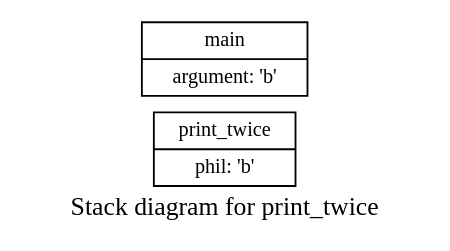
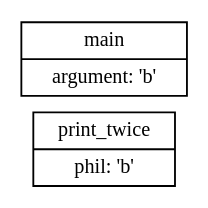
One commit to DaveParillo/cisc192-reader changed the diagram in src/chapter3/parameters-variables.rst. Above: the diagram before and after it, drawn with Graphviz. The commit also changed other lines of this file and 20 other files, not shown here.

```diff
--- a/src/chapter3/parameters-variables.rst
+++ b/src/chapter3/parameters-variables.rst
@@ -57,18 +57,18 @@
 .. digraph:: state
+   :name: fig_print_twice_stack
+   :caption: Stack diagram for print_twice
+   :alt: stack diagram showing the print_twice call and its parameter
    :align: center
-   :alt: Stack diagram for print_twice
 
    fontname = "Bitstream Vera Sans"
-   label="Stack diagram for print_twice"
-   labelloc=bottom
    ranksep=0.1
 
    node [
       fontname = "Bitstream Vera Sans"
       fontsize = 11
       shape=record
       fillcolor=lightblue
    ]
    main [label="{main|{argument: 'b'}}"]
    func [label="{print_twice|{ phil: 'b'}}"]
    main -> func [style=invis]
```
